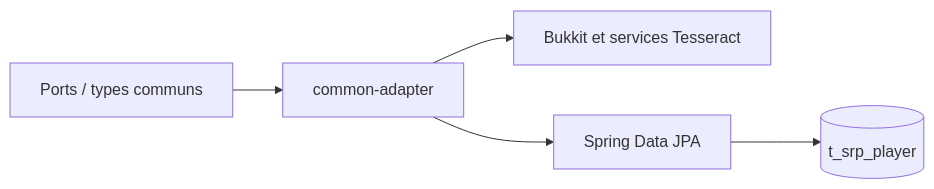
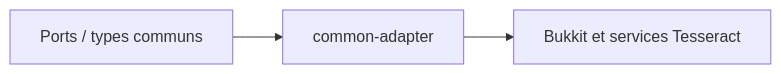
Before and after one commit to TesseractFR/TesseractSRP2: the diagram in common-adapter/spec/common-adapter.md, drawn with Mermaid. The commit also changed other lines of this file and 82 other files, not shown here.

First line of the commit message:
Crée le module player et y dissout SrpPlayerService

````diff
--- a/common-adapter/spec/common-adapter.md
+++ b/common-adapter/spec/common-adapter.md
@@ -7,7 +7,5 @@
 ```mermaid
 flowchart LR
     D[Ports / types communs] --> A[common-adapter]
     A --> B[Bukkit et services Tesseract]
-    A --> J[Spring Data JPA]
-    J --> DB[(t_srp_player)]
 ```
````
